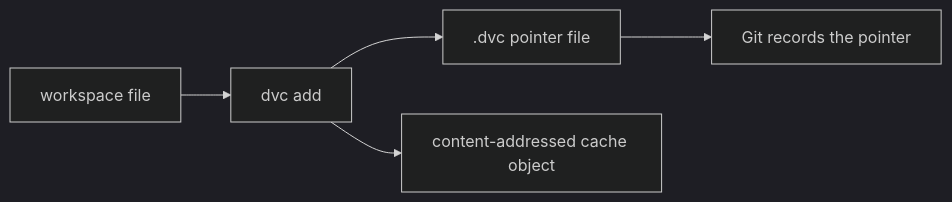
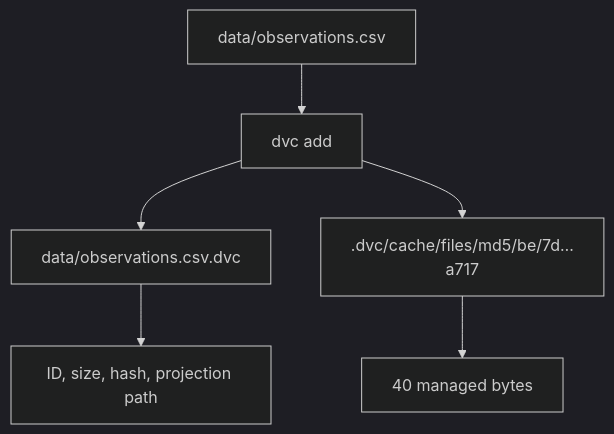
Before and after one commit to bijux/bijux-masterclass: the third of 4 diagrams in programs/reproducible-research/deep-dive-dvc/course-book/module-02-data-identity-content-addressing/content-addressing-cache-and-pointer-files.md, drawn with Mermaid (dark theme). The commit also changed other lines of this file, not shown here.

Commit message:
docs(dvc): trace pointer identity into cached bytes

````diff
--- a/programs/reproducible-research/deep-dive-dvc/course-book/module-02-data-identity-content-addressing/content-addressing-cache-and-pointer-files.md
+++ b/programs/reproducible-research/deep-dive-dvc/course-book/module-02-data-identity-content-addressing/content-addressing-cache-and-pointer-files.md
@@ -71,7 +60,8 @@
 ```mermaid
-flowchart LR
-  workspace["workspace file"] --> add["dvc add"]
-  add --> pointer[".dvc pointer file"]
-  add --> cache["content-addressed cache object"]
-  pointer --> git["Git records the pointer"]
+flowchart TD
+  source["data/observations.csv"] --> add["dvc add"]
+  add --> pointer["data/observations.csv.dvc"]
+  add --> object[".dvc/cache/files/md5/be/7d…a717"]
+  pointer --> metadata["ID, size, hash, projection path"]
+  object --> managed["40 managed bytes"]
 ```
````
